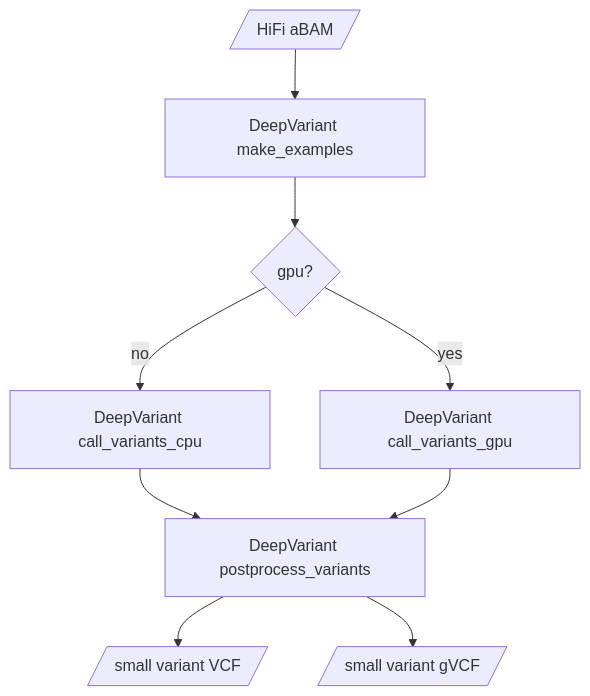
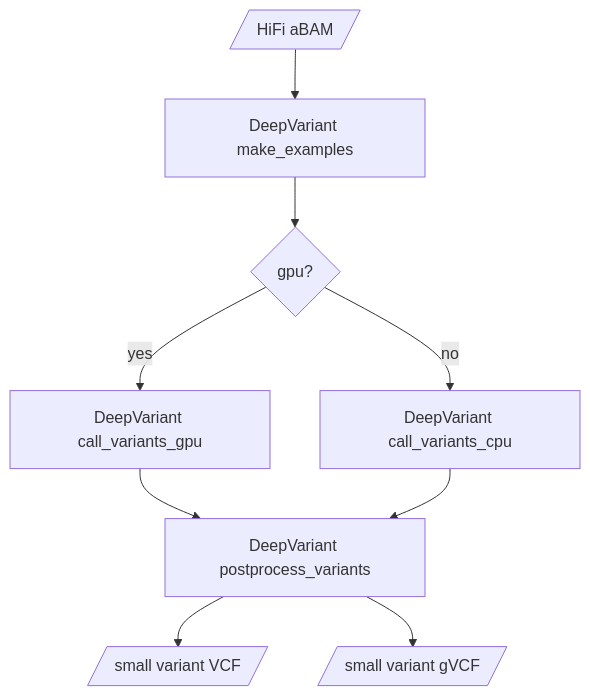
The diagram in docs/deepvariant.md (PacificBiosciences/HiFi-human-WGS-WDL), drawn with Mermaid before and after one commit. The commit also changed 1 other file, not shown here.

Commit message:
Tidy flowchart ids.

````diff
--- a/docs/deepvariant.md
+++ b/docs/deepvariant.md
@@ -3,12 +3,12 @@
 ```mermaid
 
 flowchart TD
-  a1[/"HiFi aBAM"/] --> a2["DeepVariant make_examples"]
-  a2 --> a7{"gpu?"}
-  a7 -- yes --> a8["DeepVariant call_variants_gpu"]
-  a7 -- no --> a3["DeepVariant call_variants_cpu"]
-  a3 --> a4["DeepVariant postprocess_variants"]
-  a8 --> a4
-  a4 --> a5[/"small variant VCF"/]
-  a4 --> a6[/"small variant gVCF"/]
+  aBAM[/"HiFi aBAM"/] --> make_examples["DeepVariant make_examples"]
+  make_examples --> gpu{"gpu?"}
+  gpu -- yes --> call_variants_gpu["DeepVariant call_variants_gpu"]
+  gpu -- no --> call_variants_cpu["DeepVariant call_variants_cpu"]
+  call_variants_gpu --> postprocess_variants["DeepVariant postprocess_variants"]
+  call_variants_cpu --> postprocess_variants
+  postprocess_variants --> vcf[/"small variant VCF"/]
+  postprocess_variants --> gvcf[/"small variant gVCF"/]
 ```
````
